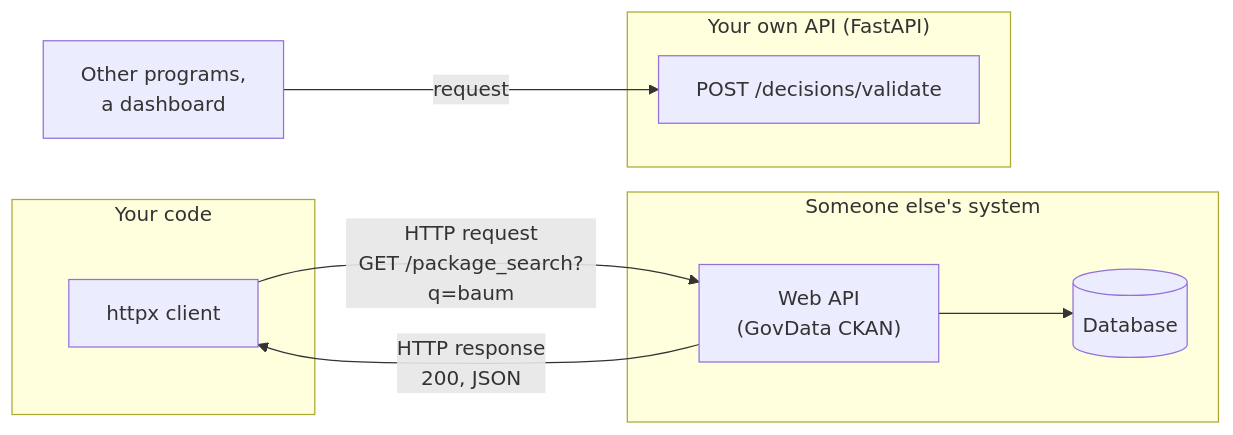
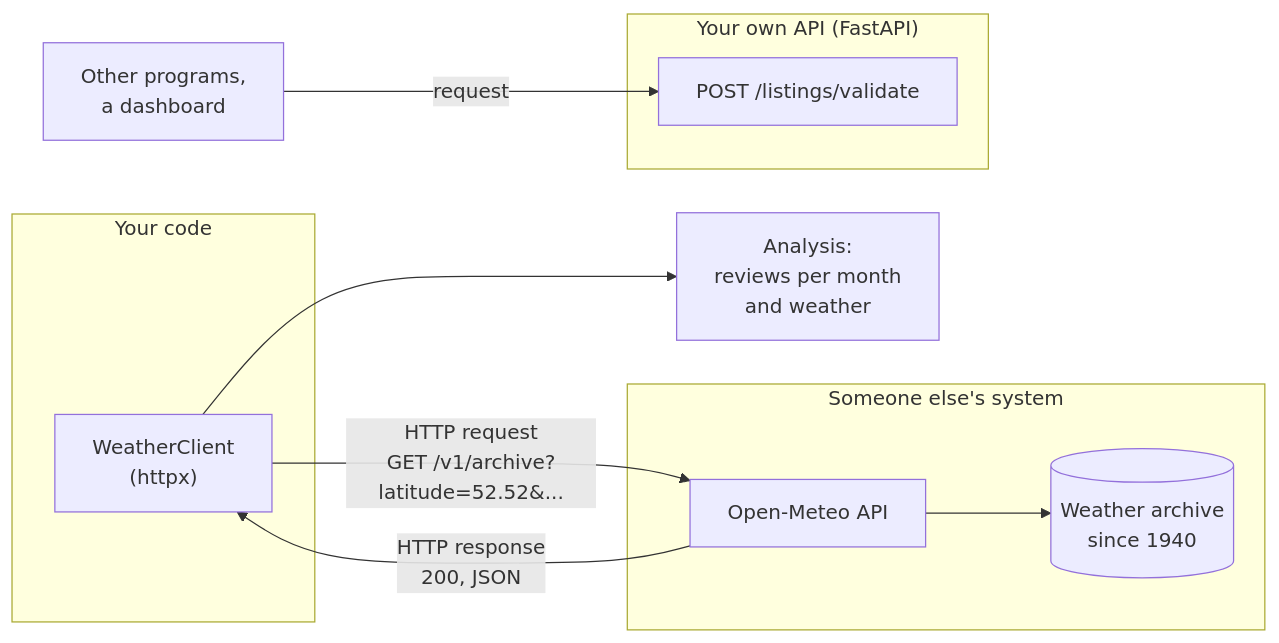
Before and after one commit to khoadaniel/statistical-programming-mpmd-htw-ws-2026: the first of 4 diagrams in sessions/02-software-engineering/theory/02-web-apis.md, drawn with Mermaid. The commit also changed other lines of this file and 160 other files, not shown here.

````diff
--- a/sessions/02-software-engineering/theory/02-web-apis.md
+++ b/sessions/02-software-engineering/theory/02-web-apis.md
@@ -5,15 +5,16 @@
 ```mermaid
 flowchart LR
   subgraph you["Your code"]
-    C["httpx client"]
+    C["WeatherClient<br/>(httpx)"]
   end
   subgraph them["Someone else's system"]
-    S["Web API<br/>(GovData CKAN)"] --> D[("Database")]
+    S["Open-Meteo API"] --> D[("Weather archive<br/>since 1940")]
   end
-  C -- "HTTP request<br/>GET /package_search?q=baum" --> S
+  C -- "HTTP request<br/>GET /v1/archive?latitude=52.52&..." --> S
   S -- "HTTP response<br/>200, JSON" --> C
+  C --> A["Analysis:<br/>reviews per month<br/>and weather"]
   subgraph own["Your own API (FastAPI)"]
-    F["POST /decisions/validate"]
+    F["POST /listings/validate"]
   end
   U["Other programs,<br/>a dashboard"] -- request --> F
 ```
````
